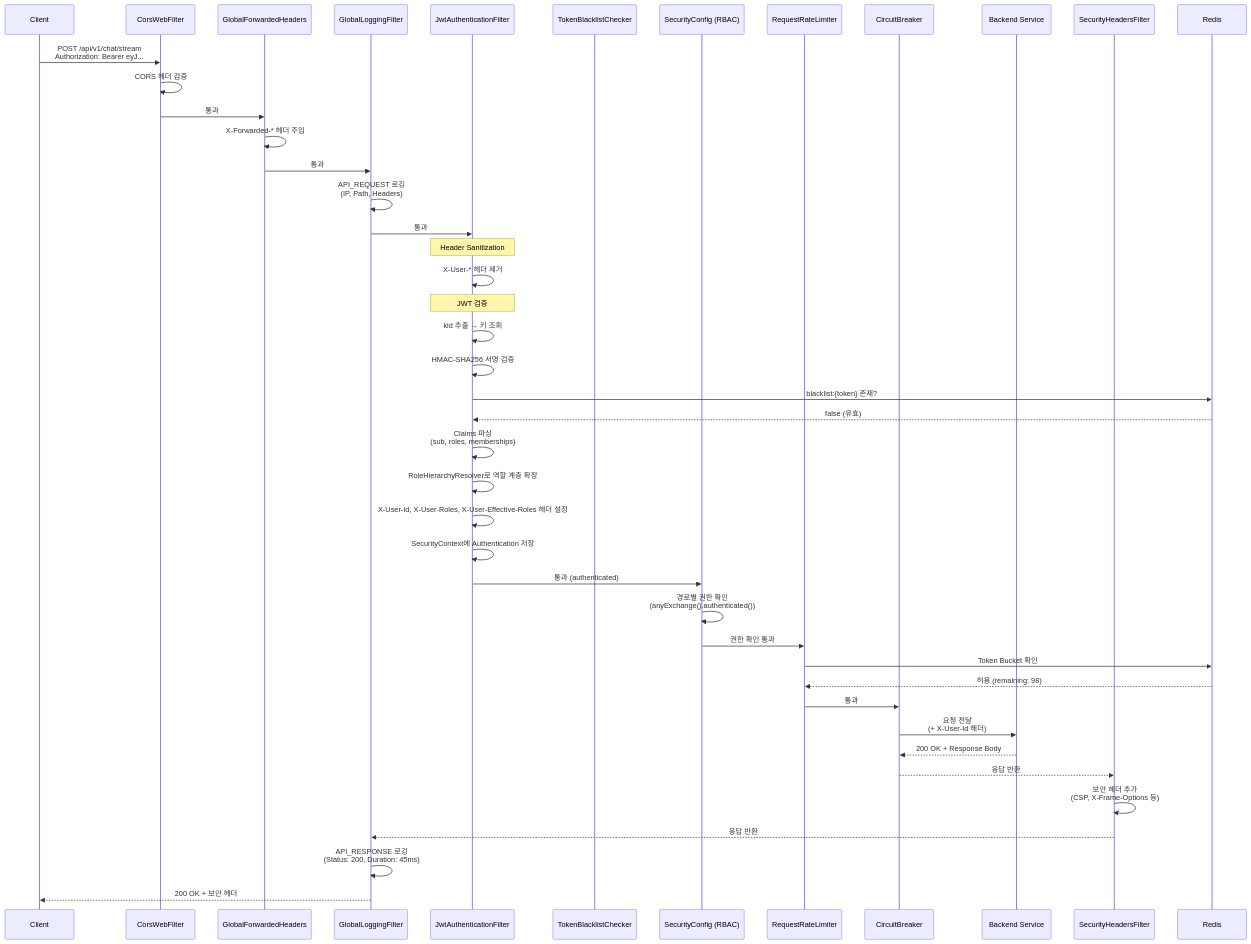
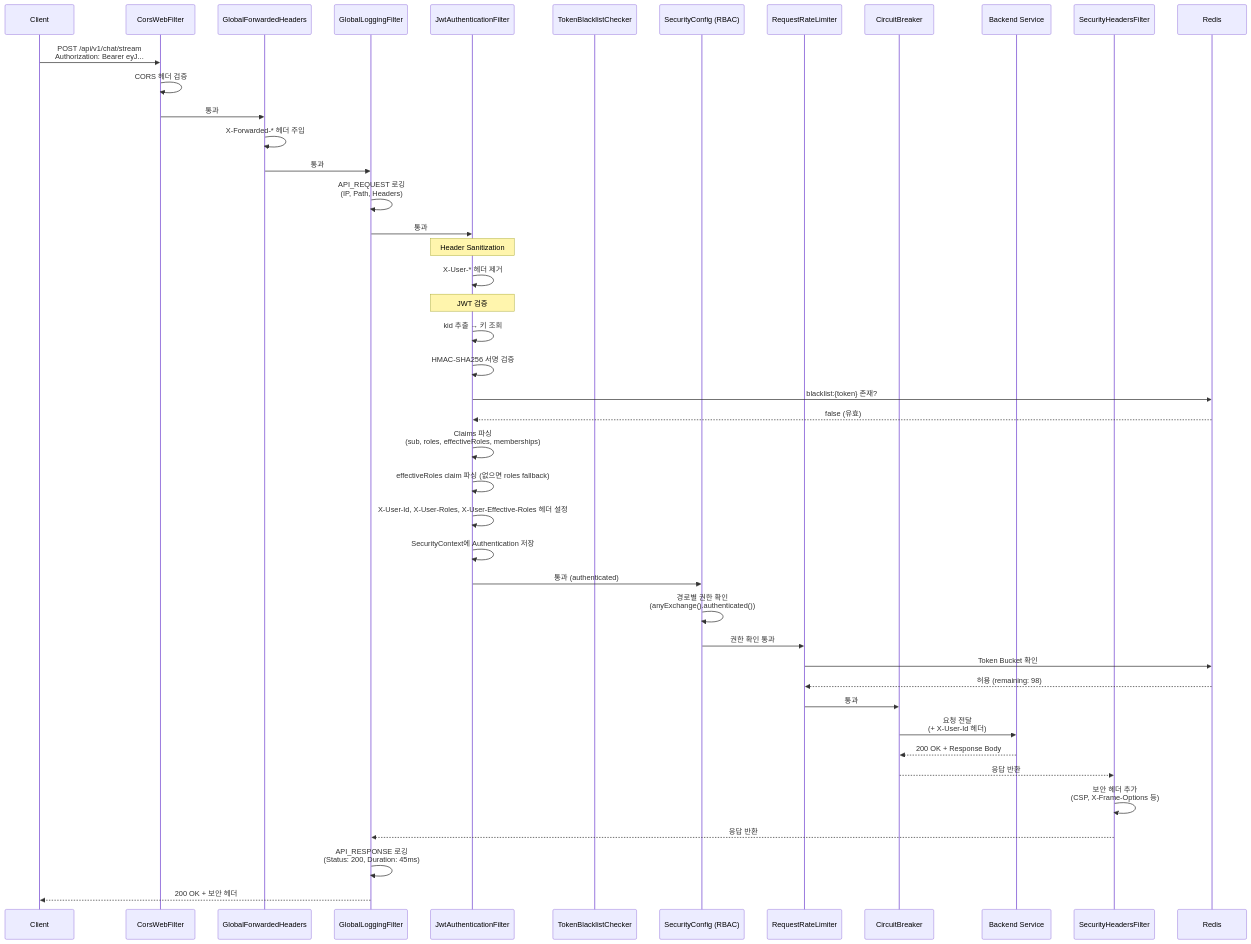
The first of 7 diagrams in docs/architecture/api-gateway/data-flow.md (L-a-z-e/portal-universe), drawn with Mermaid before and after one commit. The commit also changed other lines of this file and 30 other files, not shown here.

First line of the commit message:
feat(auth, gateway, admin): implement role multi-include DAG with JWT effective roles (ADR-044)

````diff
--- a/docs/architecture/api-gateway/data-flow.md
+++ b/docs/architecture/api-gateway/data-flow.md
@@ -36,59 +36,59 @@
 ```mermaid
 sequenceDiagram
     participant C as Client
     participant CORS as CorsWebFilter
     participant FWD as GlobalForwardedHeaders
     participant LOG as GlobalLoggingFilter
     participant JWT as JwtAuthenticationFilter
     participant BL as TokenBlacklistChecker
     participant SC as SecurityConfig (RBAC)
     participant RL as RequestRateLimiter
     participant CB as CircuitBreaker
     participant SVC as Backend Service
     participant SEC as SecurityHeadersFilter
     participant REDIS as Redis
 
     C->>CORS: POST /api/v1/chat/stream<br/>Authorization: Bearer eyJ...
     CORS->>CORS: CORS 헤더 검증
     CORS->>FWD: 통과
 
     FWD->>FWD: X-Forwarded-* 헤더 주입
     FWD->>LOG: 통과
 
     LOG->>LOG: API_REQUEST 로깅<br/>(IP, Path, Headers)
     LOG->>JWT: 통과
 
     Note over JWT: Header Sanitization
     JWT->>JWT: X-User-* 헤더 제거
 
     Note over JWT: JWT 검증
     JWT->>JWT: kid 추출 → 키 조회
     JWT->>JWT: HMAC-SHA256 서명 검증
 
     JWT->>REDIS: blacklist:{token} 존재?
     REDIS-->>JWT: false (유효)
 
-    JWT->>JWT: Claims 파싱<br/>(sub, roles, memberships)
-    JWT->>JWT: RoleHierarchyResolver로 역할 계층 확장
+    JWT->>JWT: Claims 파싱<br/>(sub, roles, effectiveRoles, memberships)
+    JWT->>JWT: effectiveRoles claim 파싱 (없으면 roles fallback)
     JWT->>JWT: X-User-Id, X-User-Roles, X-User-Effective-Roles 헤더 설정
     JWT->>JWT: SecurityContext에 Authentication 저장
 
     JWT->>SC: 통과 (authenticated)
     SC->>SC: 경로별 권한 확인<br/>(anyExchange().authenticated())
     SC->>RL: 권한 확인 통과
 
     RL->>REDIS: Token Bucket 확인
     REDIS-->>RL: 허용 (remaining: 98)
     RL->>CB: 통과
 
     CB->>SVC: 요청 전달<br/>(+ X-User-Id 헤더)
     SVC-->>CB: 200 OK + Response Body
 
     CB-->>SEC: 응답 반환
     SEC->>SEC: 보안 헤더 추가<br/>(CSP, X-Frame-Options 등)
 
     SEC-->>LOG: 응답 반환
     LOG->>LOG: API_RESPONSE 로깅<br/>(Status: 200, Duration: 45ms)
 
     LOG-->>C: 200 OK + 보안 헤더
 ```
````
